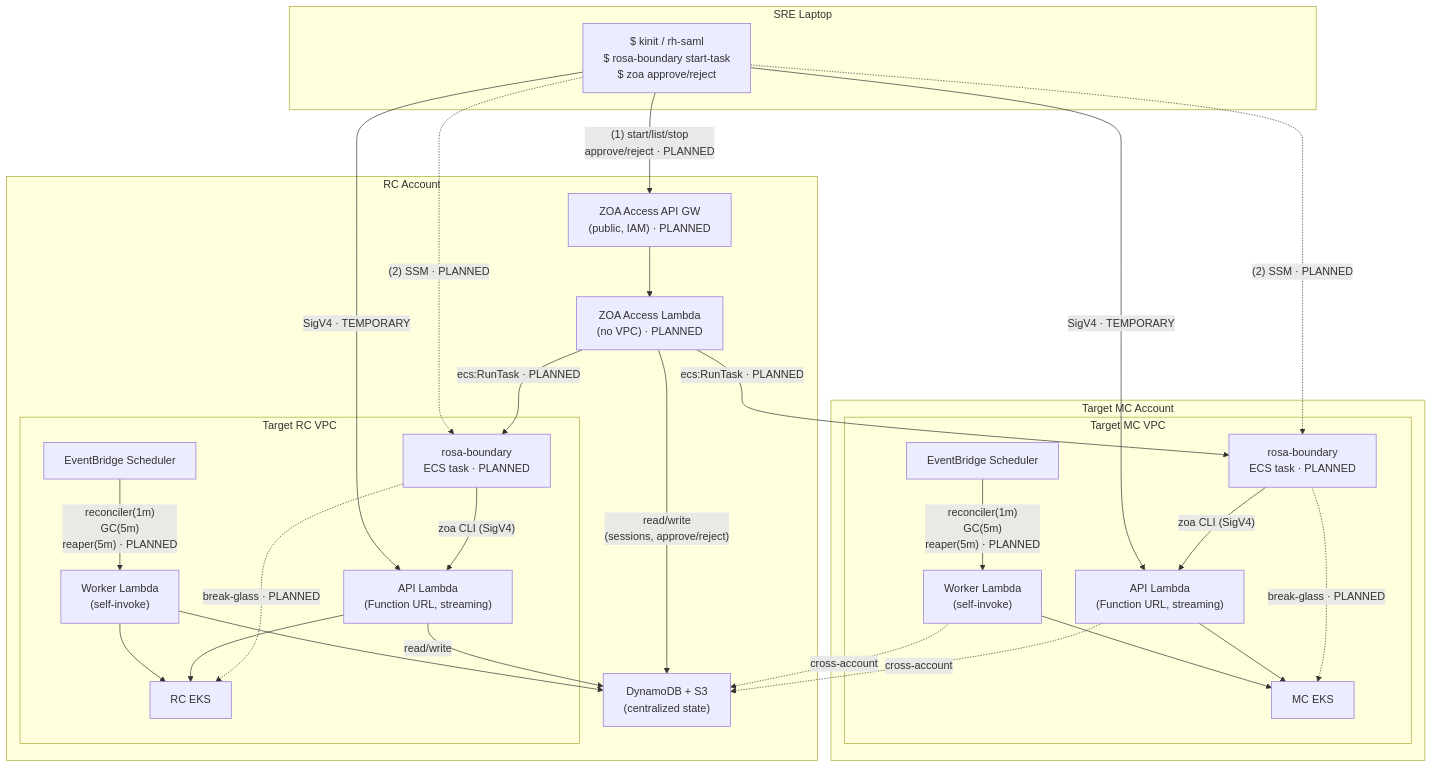
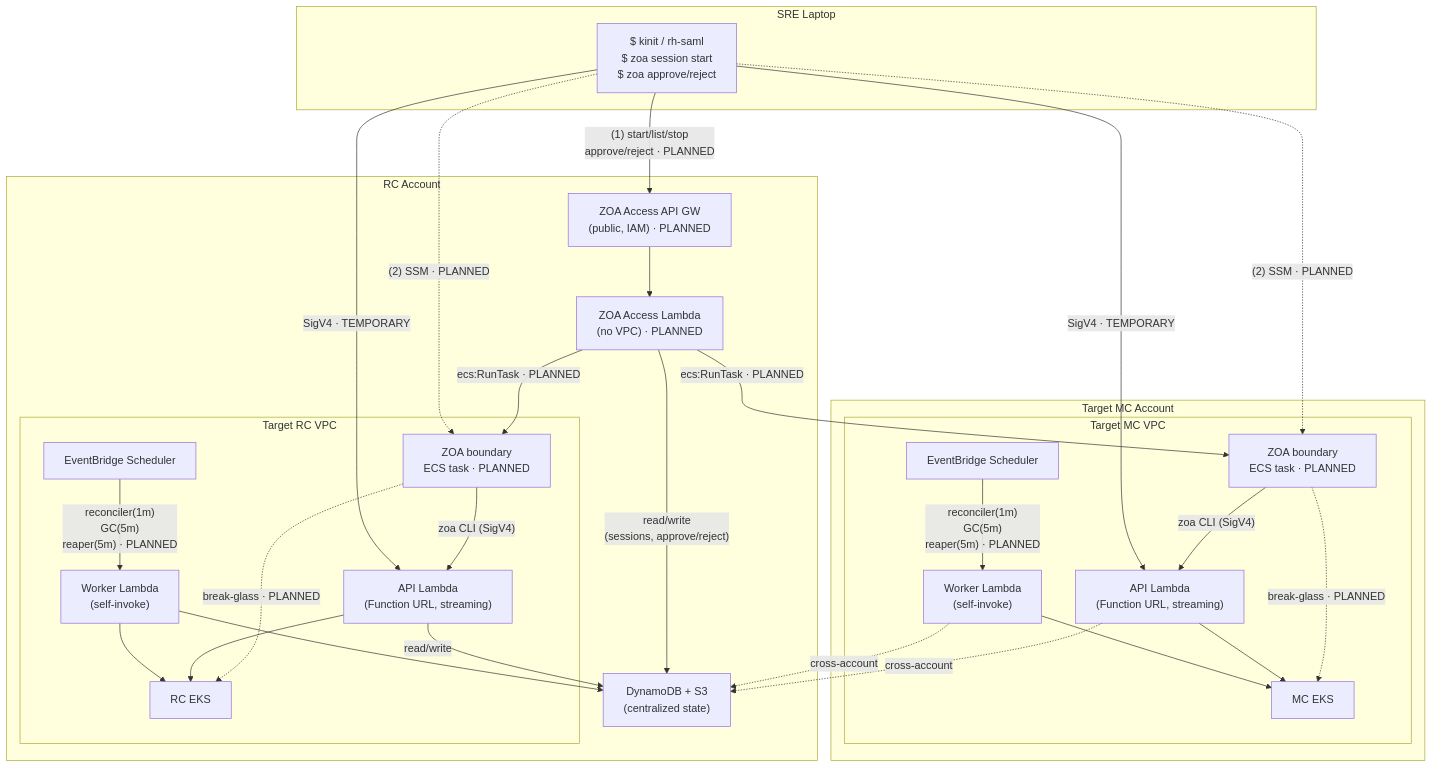
One commit to slopezz/rosa-hyperfleet-zoa changed the diagram in README.md. Above: the diagram before and after it, drawn with Mermaid. The commit also changed other lines of this file and 8 other files, not shown here.

First line of the commit message:
feat(boundary): exec logging image, skel home, and session log docs

````diff
--- a/README.md
+++ b/README.md
@@ -74,68 +74,68 @@
 ```mermaid
 graph TD
     subgraph laptop["SRE Laptop"]
-        L["$ kinit / rh-saml<br/>$ rosa-boundary start-task<br/>$ zoa approve/reject"]
+        L["$ kinit / rh-saml<br/>$ zoa session start<br/>$ zoa approve/reject"]
     end
 
     subgraph rc["RC Account"]
         AGW["ZOA Access API GW<br/>(public, IAM) · PLANNED"]
         AL["ZOA Access Lambda<br/>(no VPC) · PLANNED"]
         DDB["DynamoDB + S3<br/>(centralized state)"]
         subgraph rc_vpc["Target RC VPC"]
-            BOUNDARY_RC["rosa-boundary<br/>ECS task · PLANNED"]
+            BOUNDARY_RC["ZOA boundary<br/>ECS task · PLANNED"]
             EB_RC["EventBridge Scheduler"]
             API_RC["API Lambda<br/>(Function URL, streaming)"]
             WORKER_RC["Worker Lambda<br/>(self-invoke)"]
             EKS_RC["RC EKS"]
         end
     end
 
     subgraph mc["Target MC Account"]
         subgraph mc_vpc["Target MC VPC"]
-            BOUNDARY_MC["rosa-boundary<br/>ECS task · PLANNED"]
+            BOUNDARY_MC["ZOA boundary<br/>ECS task · PLANNED"]
             EB_MC["EventBridge Scheduler"]
             API_MC["API Lambda<br/>(Function URL, streaming)"]
             WORKER_MC["Worker Lambda<br/>(self-invoke)"]
             EKS_MC["MC EKS"]
         end
     end
 
     %% ZOA Access (PLANNED): session mgmt + approvals
     L -->|"(1) start/list/stop<br/>approve/reject · PLANNED"| AGW
     AGW --> AL
     AL -->|"read/write<br/>(sessions, approve/reject)"| DDB
     AL -->|"ecs:RunTask · PLANNED"| BOUNDARY_RC
     AL -->|"ecs:RunTask · PLANNED"| BOUNDARY_MC
 
     %% SRE connects to container via SSM (PLANNED)
     L -.->|"(2) SSM · PLANNED"| BOUNDARY_RC
     L -.->|"(2) SSM · PLANNED"| BOUNDARY_MC
 
-    %% rosa-boundary calls local API Lambda (PLANNED)
+    %% ZOA boundary calls local API Lambda (PLANNED)
     BOUNDARY_RC -->|"zoa CLI (SigV4)"| API_RC
     BOUNDARY_MC -->|"zoa CLI (SigV4)"| API_MC
 
     %% Break-glass: direct kubectl from container (PLANNED)
     BOUNDARY_RC -.->|"break-glass · PLANNED"| EKS_RC
     BOUNDARY_MC -.->|"break-glass · PLANNED"| EKS_MC
 
     %% Today: CLI calls Function URL directly (TEMPORARY)
     L -->|"SigV4 · TEMPORARY"| API_RC
     L -->|"SigV4 · TEMPORARY"| API_MC
 
     %% EventBridge → Workers
     EB_RC -->|"reconciler(1m)<br/>GC(5m)<br/>reaper(5m) · PLANNED"| WORKER_RC
     EB_MC -->|"reconciler(1m)<br/>GC(5m)<br/>reaper(5m) · PLANNED"| WORKER_MC
 
     %% Lambdas → EKS
     API_RC --> EKS_RC
     WORKER_RC --> EKS_RC
     API_MC --> EKS_MC
     WORKER_MC --> EKS_MC
 
     %% Data access
     API_RC -->|"read/write"| DDB
     WORKER_RC --> DDB
     API_MC -.->|"cross-account"| DDB
     WORKER_MC -.->|"cross-account"| DDB
 ```
````
